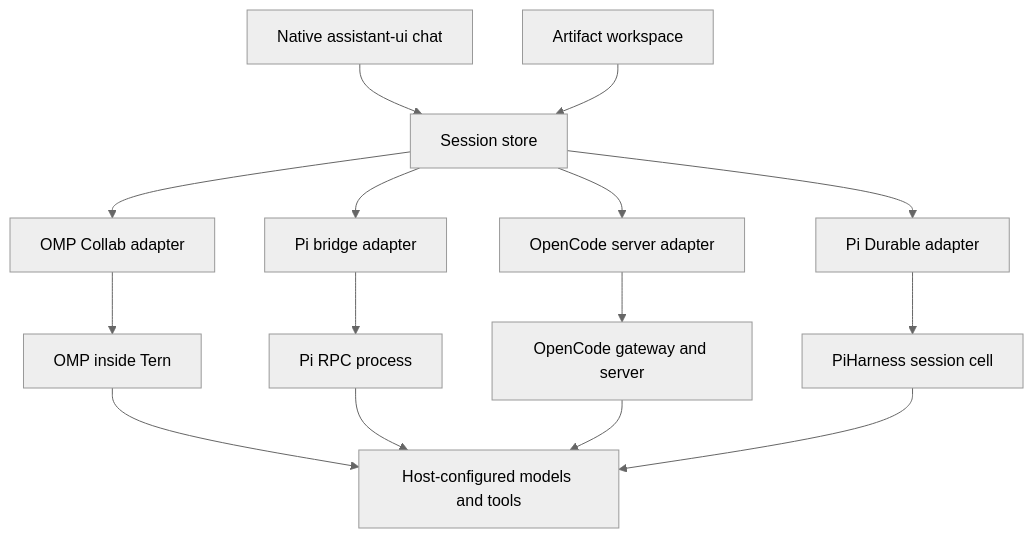
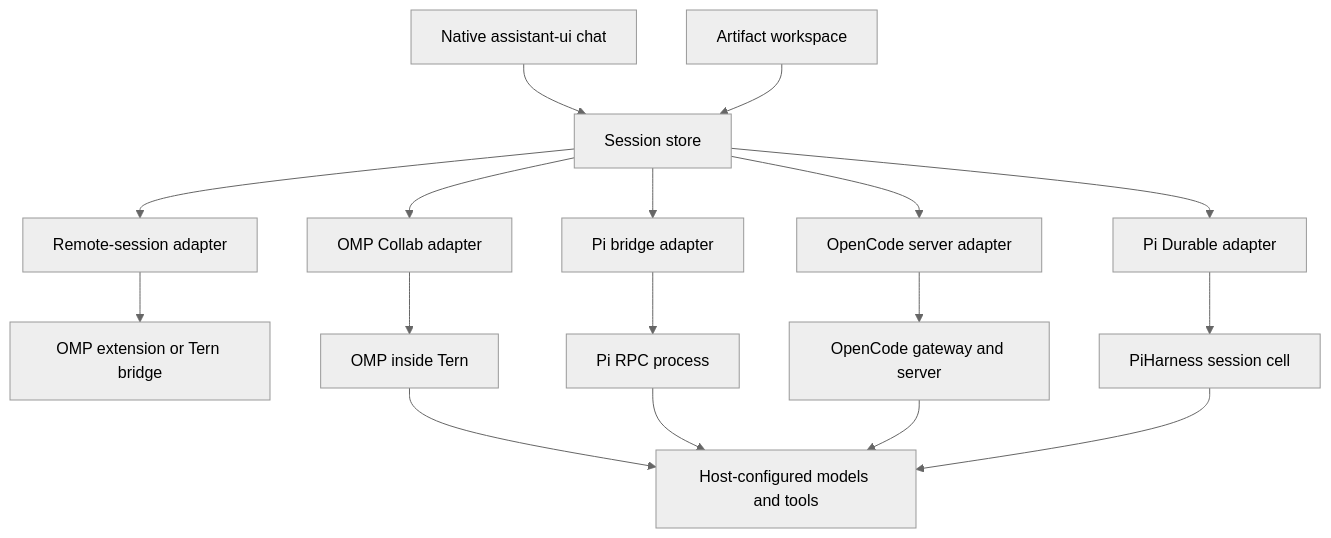
The diagram in docs/DESIGN.md (phibkro/perch), drawn with Mermaid (neutral theme) before and after one commit. The commit also changed other lines of this file and 61 other files, not shown here.

First line of the commit message:
Add native OMP and Tern remote sessions in Perch 0.7

````diff
--- a/docs/DESIGN.md
+++ b/docs/DESIGN.md
@@ -11,17 +11,19 @@
 ```mermaid
 flowchart TD
   C["Native assistant-ui chat"] --> S["Session store"]
   A["Artifact workspace"] --> S
   S --> O["OMP Collab adapter"]
   S --> P["Pi bridge adapter"]
   S --> C2["OpenCode server adapter"]
   S --> D["Pi Durable adapter"]
+  S --> R["Remote-session adapter"]
+  R --> RG["OMP extension or Tern bridge"]
   D --> DS["PiHarness session cell"]
   O --> T["OMP inside Tern"]
   P --> B["Pi RPC process"]
   C2 --> G["OpenCode gateway and server"]
   T --> M["Host-configured models and tools"]
   B --> M
   G --> M
   DS --> M
 ```
````
